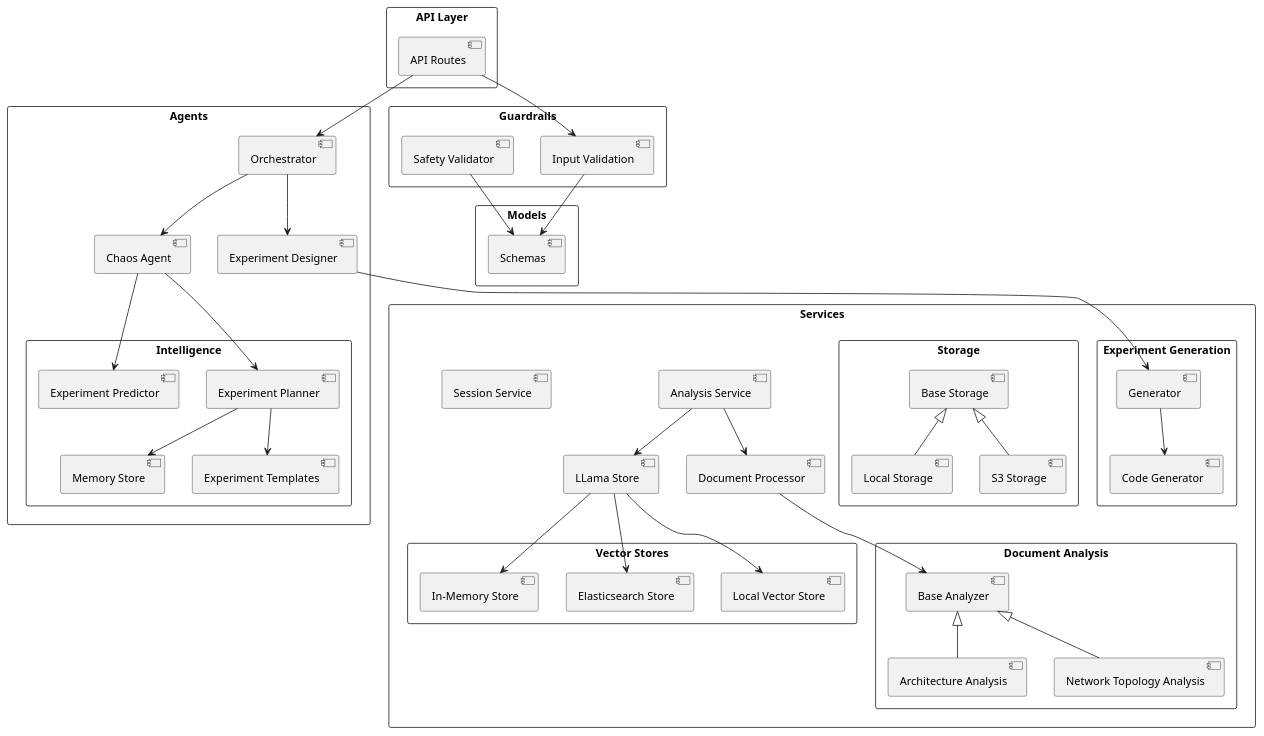
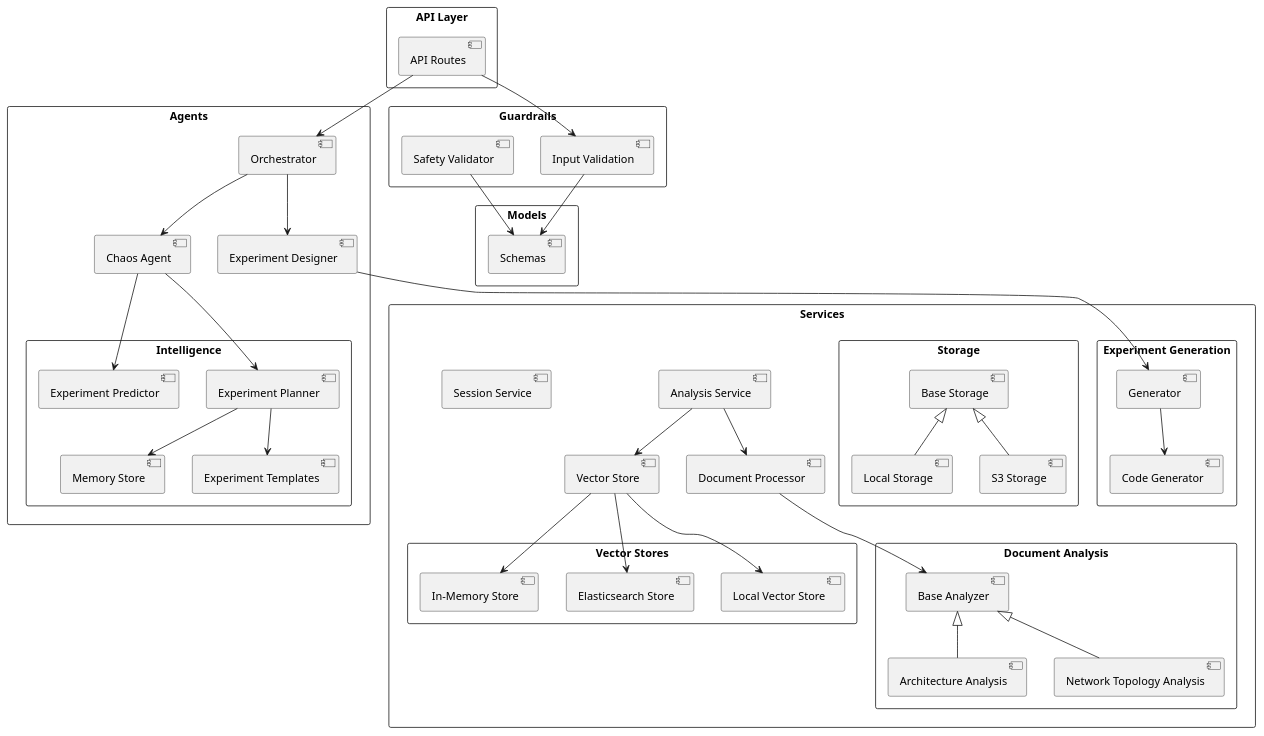
One commit to caxqueiroz/chaos_engineering_thinker changed the diagram in docs/architecture.puml. Above: the diagram before and after it, drawn with PlantUML. The commit also changed 10 other files, not shown here.

Commit message:
changed vector store name

```diff
--- a/docs/architecture.puml
+++ b/docs/architecture.puml
@@ -1,95 +1,95 @@
 @startuml Chaos Engineering Thinker Architecture
 
 skinparam componentStyle uml2
 skinparam packageStyle rectangle
 
 package "API Layer" {
     [API Routes] as routes
 }
 
 package "Agents" {
     [Chaos Agent] as chaos_agent
     [Experiment Designer] as exp_designer
     [Orchestrator] as orchestrator
     
     package "Intelligence" {
         [Experiment Planner] as planner
         [Experiment Predictor] as predictor
         [Memory Store] as memory
         [Experiment Templates] as templates
     }
 }
 
 package "Services" {
     package "Document Analysis" {
         [Architecture Analysis] as arch_analysis
         [Network Topology Analysis] as network_analysis
         [Base Analyzer] as base_analyzer
     }
     
     package "Experiment Generation" {
         [Code Generator] as code_gen
         [Generator] as generator
     }
     
     package "Storage" {
         [Local Storage] as local_storage
         [S3 Storage] as s3_storage
         [Base Storage] as base_storage
     }
     
     package "Vector Stores" {
         [Local Vector Store] as local_vector
         [Elasticsearch Store] as elastic_store
         [In-Memory Store] as memory_store
     }
     
-    [LLama Store] as llama_store
+    [Vector Store] as vector_store
     [Document Processor] as doc_processor
     [Analysis Service] as analysis
     [Session Service] as session
 }
 
 package "Guardrails" {
     [Input Validation] as input_validation
     [Safety Validator] as safety_validator
 }
 
 package "Models" {
     [Schemas] as schemas
 }
 
 ' Relationships
 routes --> orchestrator
 routes --> input_validation
 
 orchestrator --> chaos_agent
 orchestrator --> exp_designer
 
 chaos_agent --> planner
 chaos_agent --> predictor
 planner --> templates
 planner --> memory
 
 exp_designer --> generator
 generator --> code_gen
 
 doc_processor --> base_analyzer
 base_analyzer <|-- arch_analysis
 base_analyzer <|-- network_analysis
 
-llama_store --> local_vector
-llama_store --> elastic_store
-llama_store --> memory_store
+vector_store --> local_vector
+vector_store --> elastic_store
+vector_store --> memory_store
 
 base_storage <|-- local_storage
 base_storage <|-- s3_storage
 
 analysis --> doc_processor
-analysis --> llama_store
+analysis --> vector_store
 
 ' Validation flows
 input_validation --> schemas
 safety_validator --> schemas
 
 @enduml
```
